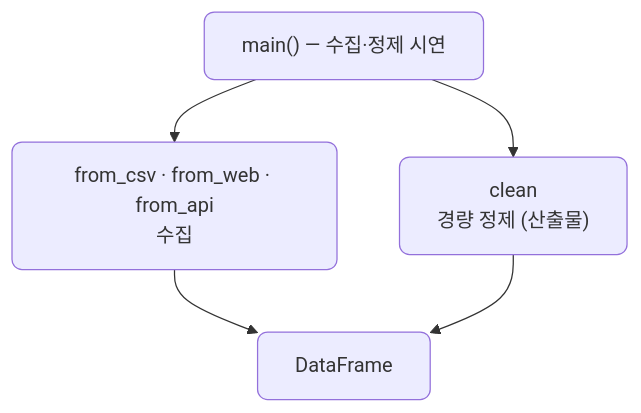
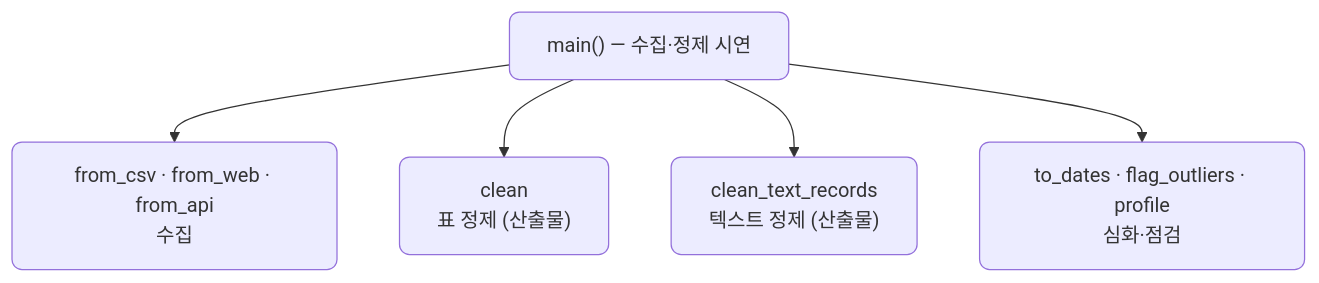
Before and after one commit to CodeCompose7/ai_service_engineering: the fifth of 5 diagrams in docs/section2/lec01/README.md, drawn with Mermaid. The commit also changed other lines of this file and 3 other files, not shown here.

````diff
--- a/docs/section2/lec01/README.md
+++ b/docs/section2/lec01/README.md
@@ -95,9 +142,9 @@
 ```mermaid
 flowchart TB
   MAIN["main() — 수집·정제 시연"]
   MAIN --> SRC["from_csv · from_web · from_api<br/>수집"]
-  MAIN --> CL["clean<br/>경량 정제 (산출물)"]
-  SRC --> DF["DataFrame"]
-  CL --> DF
+  MAIN --> CL["clean<br/>표 정제 (산출물)"]
+  MAIN --> CT["clean_text_records<br/>텍스트 정제 (산출물)"]
+  MAIN --> AUX["to_dates · flag_outliers · profile<br/>심화·점검"]
   classDef default rx:8,ry:8;
 ```
````
